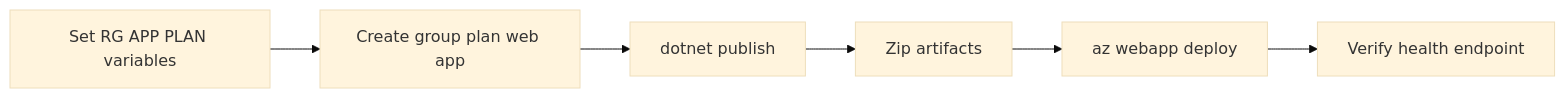
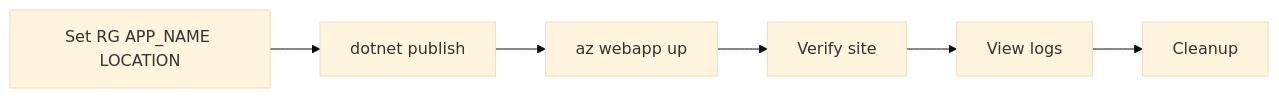
Before and after one commit to yeongseon/azure-app-service-practical-guide: the second of 2 diagrams in docs/language-guides/dotnet/02-first-deploy.md, drawn with Mermaid (base theme). The commit also changed other lines of this file and 18 other files, not shown here.

````diff
--- a/docs/language-guides/dotnet/02-first-deploy.md
+++ b/docs/language-guides/dotnet/02-first-deploy.md
@@ -64,8 +32,8 @@
 ```mermaid
 flowchart LR
-    A[Set RG APP PLAN variables] --> B[Create group plan web app]
-    B --> C[dotnet publish]
-    C --> D[Zip artifacts]
-    D --> E[az webapp deploy]
-    E --> F[Verify health endpoint]
+    A[Set RG APP_NAME LOCATION] --> B[dotnet publish]
+    B --> C[az webapp up]
+    C --> D[Verify site]
+    D --> E[View logs]
+    E --> F[Cleanup]
 ```
````
